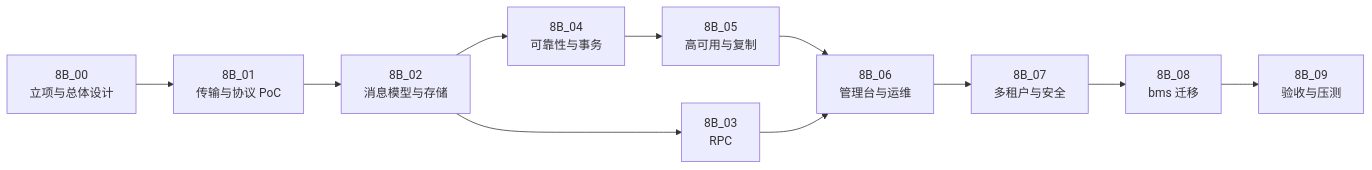
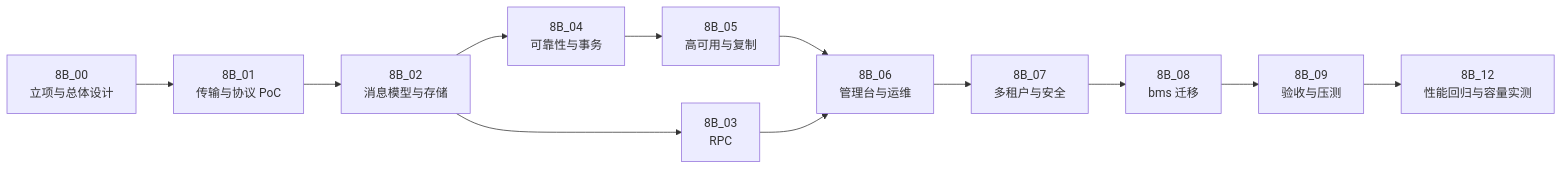
The diagram in msg文档/规划/01_规划_消息平台.md (minjian123/message-platform), drawn with Mermaid before and after one commit. The commit also changed other lines of this file and 3 other files, not shown here.

````diff
--- a/msg文档/规划/01_规划_消息平台.md
+++ b/msg文档/规划/01_规划_消息平台.md
@@ -112,13 +112,14 @@
 ```mermaid
 flowchart LR
     A["8B_00<br/>立项与总体设计"] --> B["8B_01<br/>传输与协议 PoC"]
     B --> C["8B_02<br/>消息模型与存储"]
     C --> D["8B_03<br/>RPC"]
     C --> E["8B_04<br/>可靠性与事务"]
     E --> F["8B_05<br/>高可用与复制"]
     F --> G["8B_06<br/>管理台与运维"]
     D --> G
     G --> H["8B_07<br/>多租户与安全"]
     H --> I["8B_08<br/>bms 迁移"]
     I --> J["8B_09<br/>验收与压测"]
+    J --> K["8B_12<br/>性能回归与容量实测"]
 ```
````
